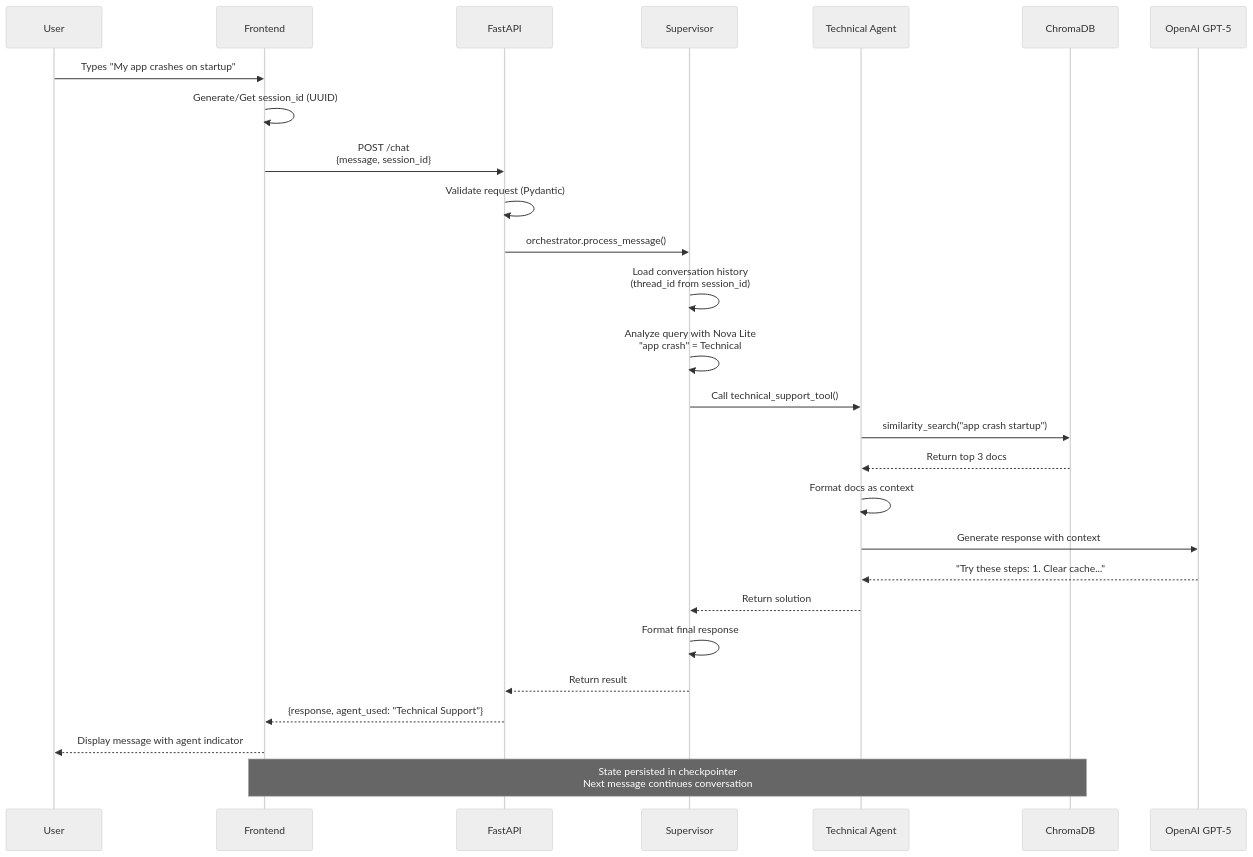
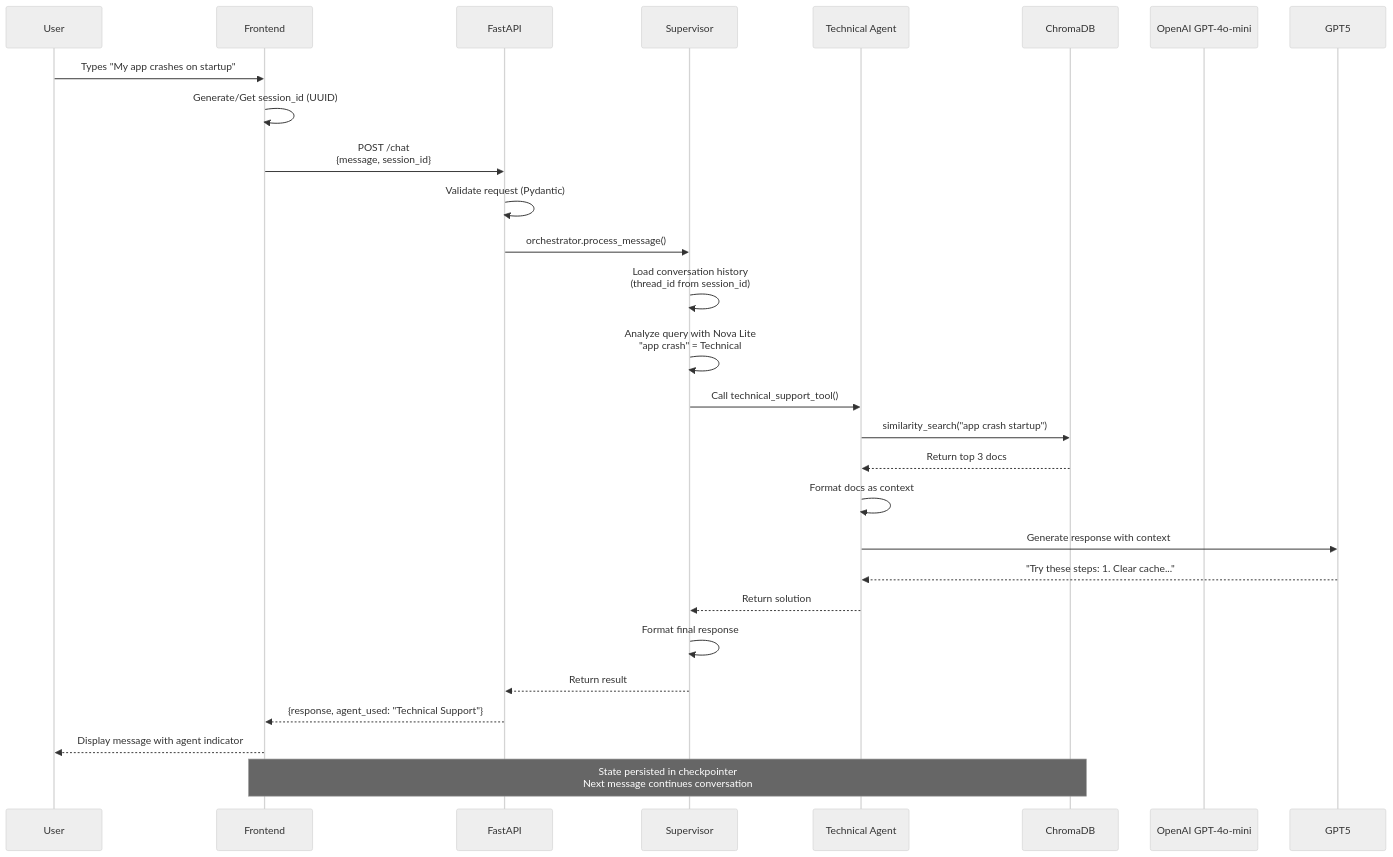
The second of 8 diagrams in FLOWCHARTS.md (Graceli95/Agentic_Customer_Project1), drawn with Mermaid (neutral theme) before and after one commit. The commit also changed other lines of this file and 11 other files, not shown here.

````diff
--- a/FLOWCHARTS.md
+++ b/FLOWCHARTS.md
@@ -76,38 +84,38 @@
 ```mermaid
 sequenceDiagram
     participant User
     participant Frontend
     participant FastAPI
     participant Supervisor
     participant TechAgent as Technical Agent
     participant ChromaDB
-    participant GPT5 as OpenAI GPT-5
+    participant GPT4o as OpenAI GPT-4o-mini
     
     User->>Frontend: Types "My app crashes on startup"
     Frontend->>Frontend: Generate/Get session_id (UUID)
     Frontend->>FastAPI: POST /chat<br/>{message, session_id}
     
     FastAPI->>FastAPI: Validate request (Pydantic)
     FastAPI->>Supervisor: orchestrator.process_message()
     
     Supervisor->>Supervisor: Load conversation history<br/>(thread_id from session_id)
     Supervisor->>Supervisor: Analyze query with Nova Lite<br/>"app crash" = Technical
     
     Supervisor->>TechAgent: Call technical_support_tool()
     
     TechAgent->>ChromaDB: similarity_search("app crash startup")
     ChromaDB-->>TechAgent: Return top 3 docs
     
     TechAgent->>TechAgent: Format docs as context
     TechAgent->>GPT5: Generate response with context
     GPT5-->>TechAgent: "Try these steps: 1. Clear cache..."
     
     TechAgent-->>Supervisor: Return solution
     Supervisor->>Supervisor: Format final response
     Supervisor-->>FastAPI: Return result
     
     FastAPI-->>Frontend: {response, agent_used: "Technical Support"}
     Frontend-->>User: Display message with agent indicator
     
     Note over Frontend,ChromaDB: State persisted in checkpointer<br/>Next message continues conversation
 ```
````
